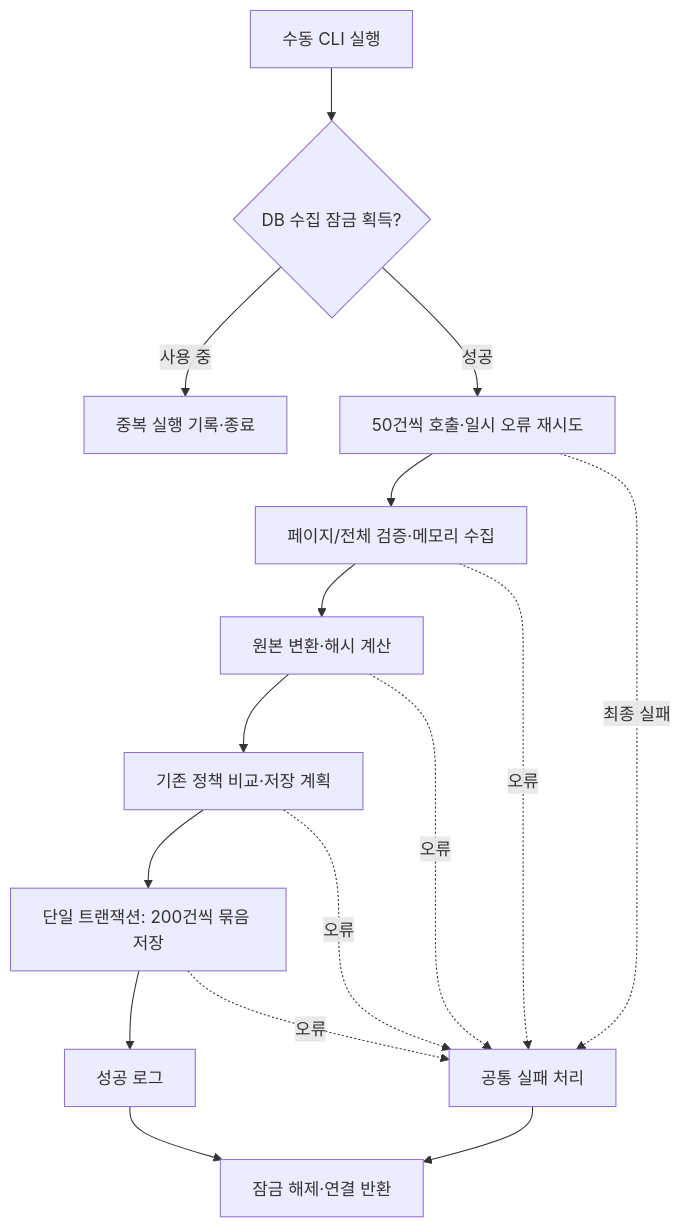
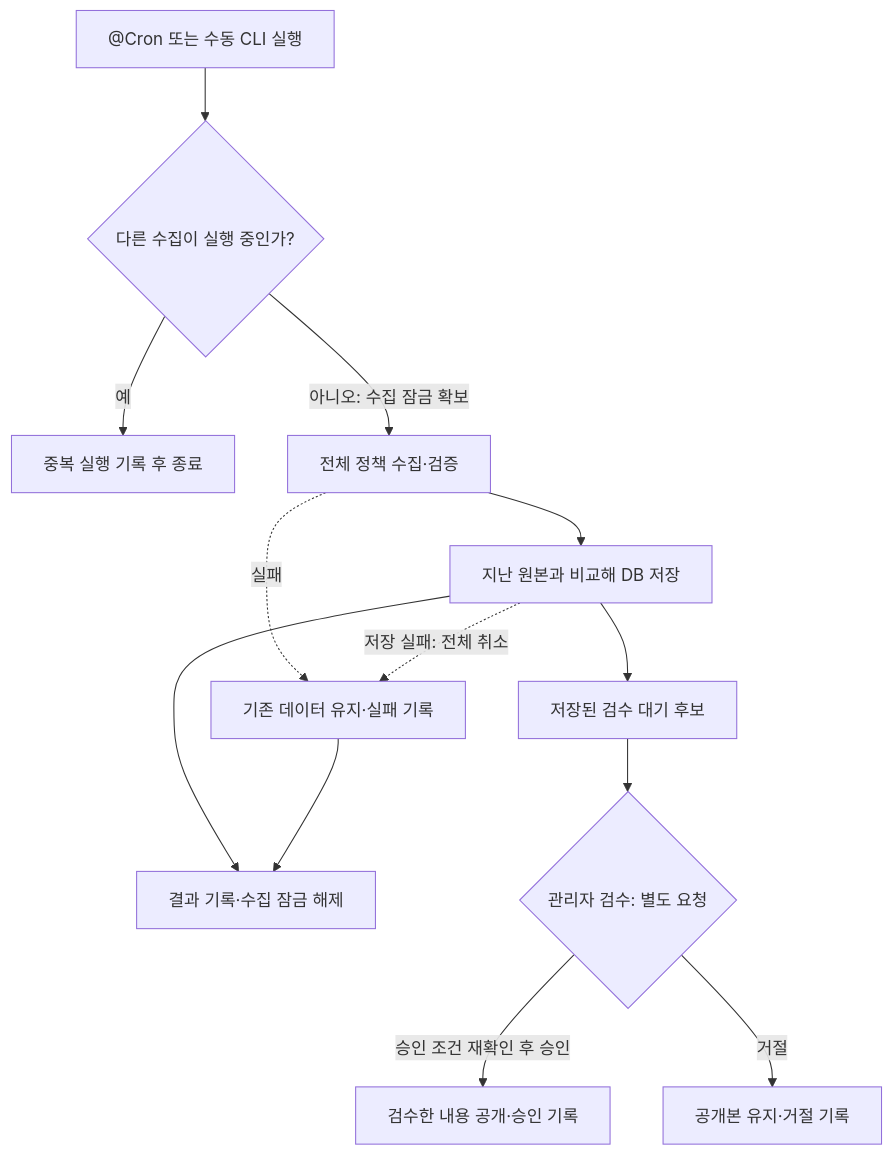
Before and after one commit to dohun03/youth-kkultong: the second of 2 diagrams in docs/ARCHITECTURE.md, drawn with Mermaid. The commit also changed other lines of this file and 5 other files, not shown here.

````diff
--- a/docs/ARCHITECTURE.md
+++ b/docs/ARCHITECTURE.md
@@ -104,18 +101,15 @@
 ```mermaid
 flowchart TD
-    A[수동 CLI 실행] --> L{DB 수집 잠금 획득?}
-    L -->|사용 중| X[중복 실행 기록·종료]
-    L -->|성공| B[50건씩 호출·일시 오류 재시도]
-    B --> C[페이지/전체 검증·메모리 수집]
-    C --> D[원본 변환·해시 계산]
-    D --> E[기존 정책 비교·저장 계획]
-    E --> F[단일 트랜잭션: 200건씩 묶음 저장]
-    F --> G[성공 로그]
-    B -. 최종 실패 .-> H[공통 실패 처리]
-    C -. 오류 .-> H
-    D -. 오류 .-> H
-    E -. 오류 .-> H
-    F -. 오류 .-> H
-    G --> Z[잠금 해제·연결 반환]
-    H --> Z
+    A["@Cron 또는 수동 CLI 실행"] --> L{"다른 수집이 실행 중인가?"}
+    L -->|"예"| X["중복 실행 기록 후 종료"]
+    L -->|"아니오: 수집 잠금 확보"| B["전체 정책 수집·검증"]
+    B --> C["지난 원본과 비교해 DB 저장"]
+    B -. "실패" .-> F["기존 데이터 유지·실패 기록"]
+    C -. "저장 실패: 전체 취소" .-> F
+    C --> Z["결과 기록·수집 잠금 해제"]
+    F --> Z
+    C --> R["저장된 검수 대기 후보"]
+    R --> M{"관리자 검수: 별도 요청"}
+    M -->|"승인 조건 재확인 후 승인"| P["검수한 내용 공개·승인 기록"]
+    M -->|"거절"| H["공개본 유지·거절 기록"]
 ```
````
